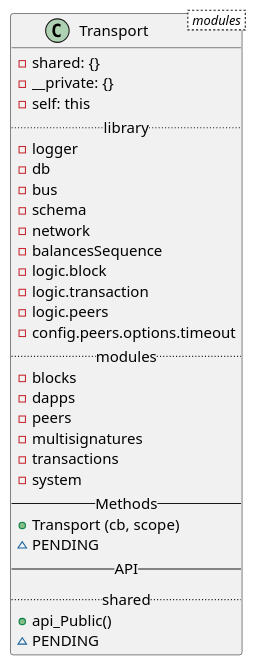
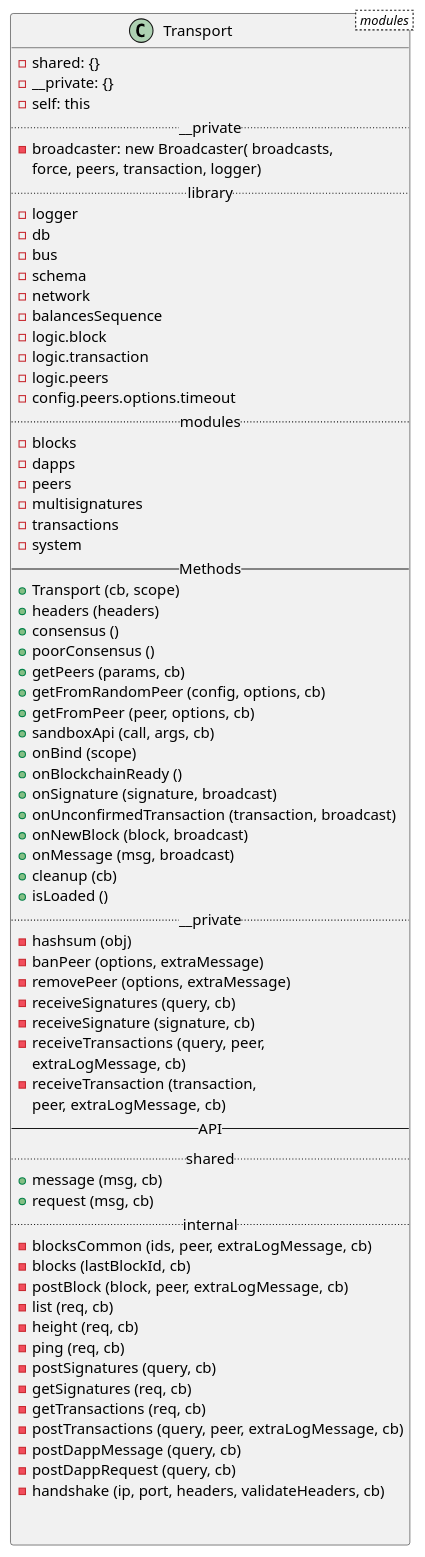
The diagram in class/classes/modules/transport.puml (LucasIsasmendi/lisk-core-plantuml), drawn with PlantUML before and after one commit. The commit also changed 18 other files, not shown here.

```diff
--- a/class/classes/modules/transport.puml
+++ b/class/classes/modules/transport.puml
@@ -1,32 +1,75 @@
 @startuml
 class Transport < modules > {
   - shared: {}
   - __private: {}
   - self: this
+  .. __private ..
+  - broadcaster: new Broadcaster( broadcasts,
+  force, peers, transaction, logger)
   .. library ..
   - logger
   - db
   - bus
   - schema
   - network
   - balancesSequence
   - logic.block
   - logic.transaction
   - logic.peers
   - config.peers.options.timeout
   .. modules ..
   - blocks
   - dapps
   - peers
   - multisignatures
   - transactions
   - system
   -- Methods --
   + Transport (cb, scope)
-  ~ PENDING
+  + headers (headers)
+  + consensus ()
+  + poorConsensus ()
+  + getPeers (params, cb)
+  + getFromRandomPeer (config, options, cb)
+  + getFromPeer (peer, options, cb)
+  + sandboxApi (call, args, cb)
+  + onBind (scope)
+  + onBlockchainReady ()
+  + onSignature (signature, broadcast)
+  + onUnconfirmedTransaction (transaction, broadcast)
+  + onNewBlock (block, broadcast)
+  + onMessage (msg, broadcast)
+  + cleanup (cb)
+  + isLoaded ()
+  .. __private ..
+  - hashsum (obj)
+  - banPeer (options, extraMessage)
+  - removePeer (options, extraMessage)
+  - receiveSignatures (query, cb)
+  - receiveSignature (signature, cb)
+  - receiveTransactions (query, peer,
+  extraLogMessage, cb)
+  - receiveTransaction (transaction,
+  peer, extraLogMessage, cb)
   -- API --
   .. shared ..
-  + api_Public()
-  ~ PENDING
+  + message (msg, cb)
+  + request (msg, cb)
+  .. internal ..
+  - blocksCommon (ids, peer, extraLogMessage, cb)
+  - blocks (lastBlockId, cb)
+  - postBlock (block, peer, extraLogMessage, cb)
+  - list (req, cb)
+  - height (req, cb)
+  - ping (req, cb)
+  - postSignatures (query, cb)
+  - getSignatures (req, cb)
+  - getTransactions (req, cb)
+  - postTransactions (query, peer, extraLogMessage, cb)
+  - postDappMessage (query, cb)
+  - postDappRequest (query, cb)
+  - handshake (ip, port, headers, validateHeaders, cb)
+
+
 }
 @enduml
```
